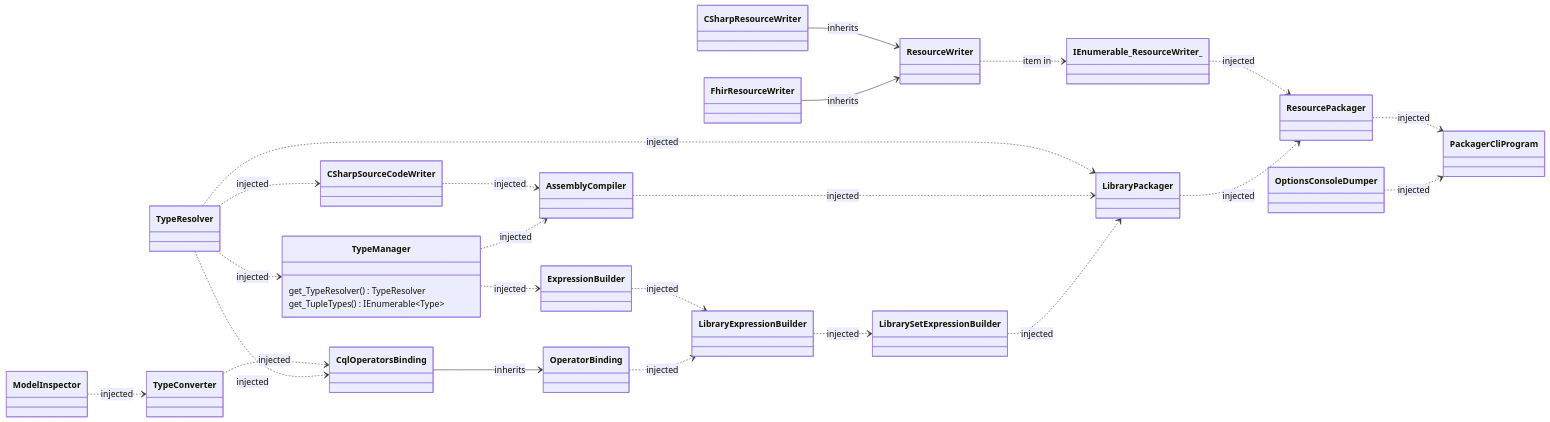
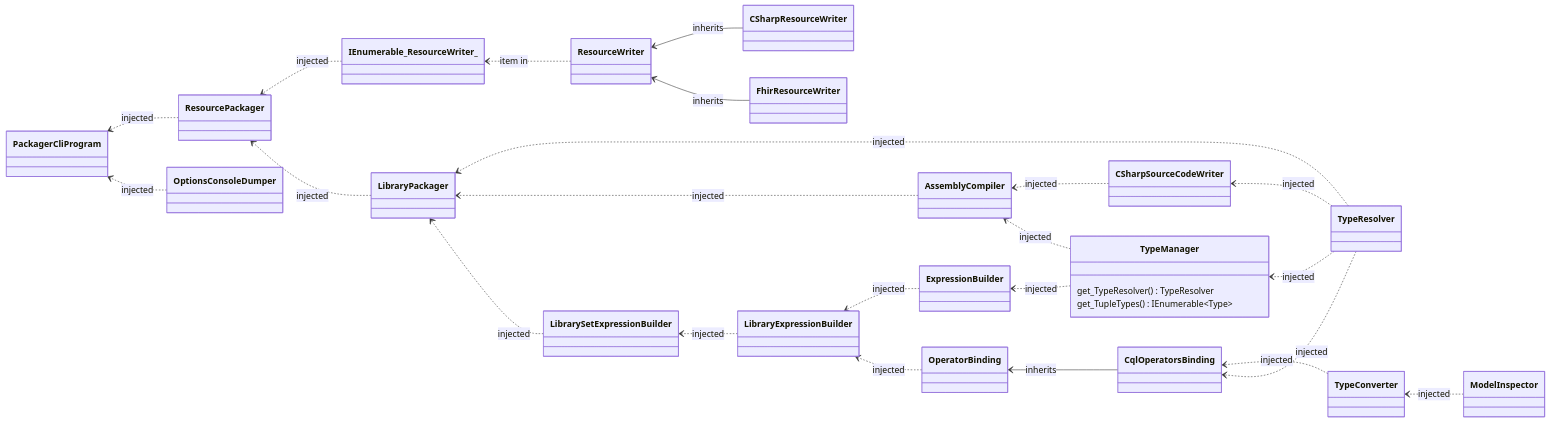
Before and after one commit to FirelyTeam/firely-cql-sdk: the diagram in docs/packager-cli-dependency-graph.md, drawn with Mermaid. The commit also changed 8 other files, not shown here.

Commit message:
Add mermaid diagrams to libraryset

````diff
--- a/docs/packager-cli-dependency-graph.md
+++ b/docs/packager-cli-dependency-graph.md
@@ -5,51 +5,51 @@
 ```mermaid
 classDiagram
-    direction LR
+    direction RL
 
     class TypeManager {
         get_TypeResolver() TypeResolver
         get_TupleTypes() IEnumerable~Type~
     }
 
     %% HACK: Mermaid doesnt support commas withing generic, so use a similar looking character (﹐)
 
     %% Inheritance  
     CqlOperatorsBinding --> OperatorBinding : inherits
     CSharpResourceWriter --> ResourceWriter : inherits
     FhirResourceWriter --> ResourceWriter : inherits
 
     %% Injected Dependencies
     CSharpSourceCodeWriter ..> AssemblyCompiler : injected
     TypeManager ..> AssemblyCompiler : injected
 
     TypeManager ..> ExpressionBuilder : injected
 
     ResourcePackager ..> PackagerCliProgram : injected 
     OptionsConsoleDumper ..> PackagerCliProgram : injected 
     
 
     TypeConverter ..> CqlOperatorsBinding : injected         
     TypeResolver ..> CqlOperatorsBinding : injected    
 
     ModelInspector ..> TypeConverter : injected  
 
     TypeResolver ..> TypeManager : injected
 
     TypeResolver ..> LibraryPackager : injected
     AssemblyCompiler ..> LibraryPackager : injected
     LibrarySetExpressionBuilder ..> LibraryPackager : injected
     
     TypeResolver ..> CSharpSourceCodeWriter : injected
 
     ExpressionBuilder ..> LibraryExpressionBuilder : injected
     OperatorBinding ..> LibraryExpressionBuilder : injected
 
     LibraryExpressionBuilder ..> LibrarySetExpressionBuilder : injected
 
     %% Rest
     ResourceWriter ..> IEnumerable_ResourceWriter_ : item in
 
     %% Obsolete
     IEnumerable_ResourceWriter_ ..> ResourcePackager : injected 
     LibraryPackager ..> ResourcePackager : injected
 ```
````
